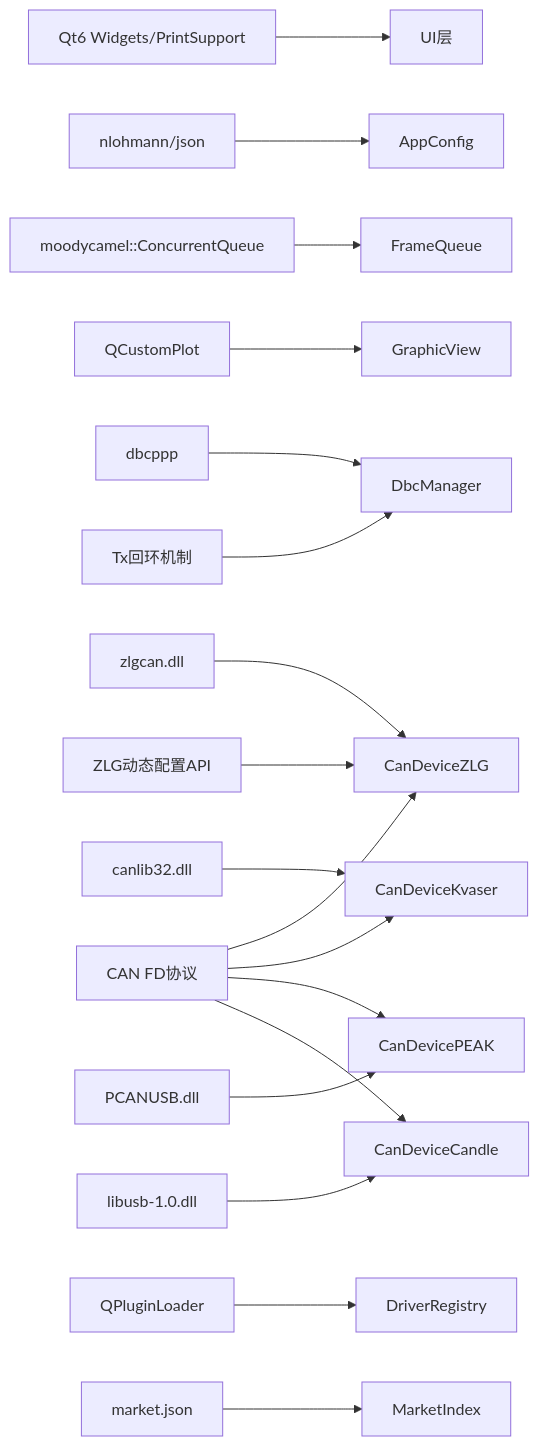
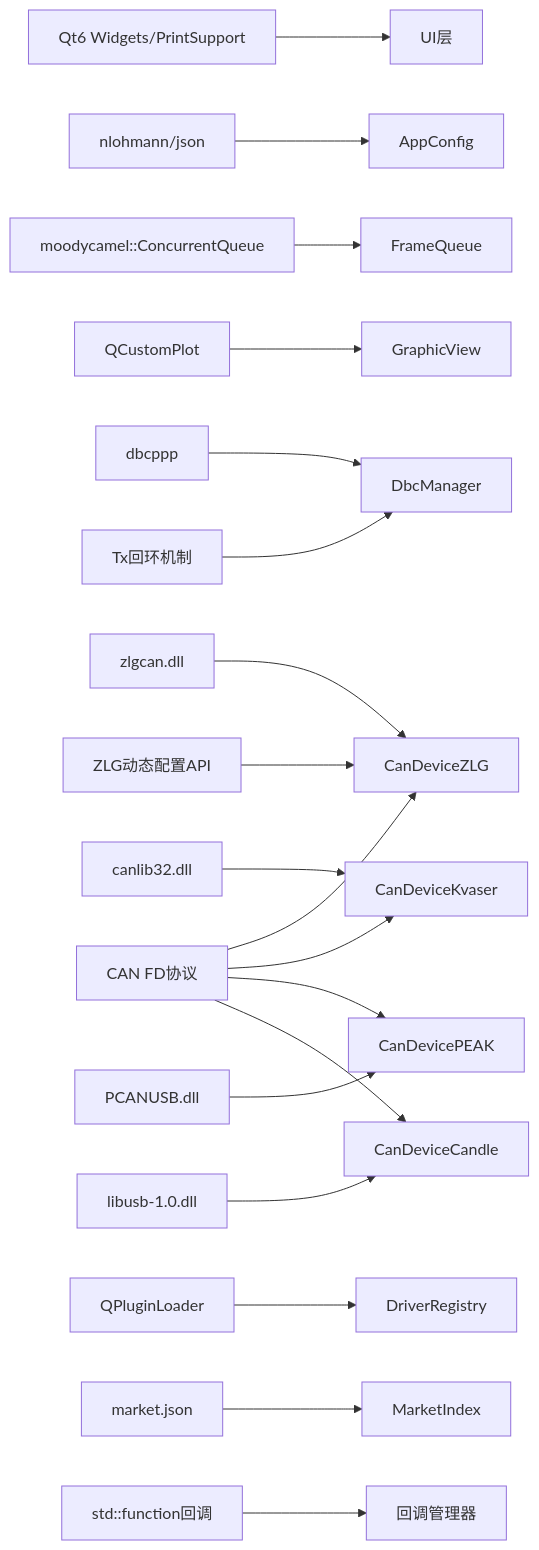
One commit to jakecai1225-design/OpenBus changed the tenth of 10 diagrams in .qoder/repowiki/zh/content/核心模块详解/CAN设备管理系统.md. Above: the diagram before and after it, drawn with Mermaid. The commit also changed other lines of this file and 58 other files, not shown here.

````diff
--- a/.qoder/repowiki/zh/content/核心模块详解/CAN设备管理系统.md
+++ b/.qoder/repowiki/zh/content/核心模块详解/CAN设备管理系统.md
@@ -655,20 +705,21 @@
 ```mermaid
 graph LR
 Qt["Qt6 Widgets/PrintSupport"] --> UI["UI层"]
 JSON["nlohmann/json"] --> CFG["AppConfig"]
 MQ["moodycamel::ConcurrentQueue"] --> Q["FrameQueue"]
 QCP["QCustomPlot"] --> GV["GraphicView"]
 DBCPP["dbcppp"] --> DM["DbcManager"]
 ZLG["zlgcan.dll"] --> ZLGDRV["CanDeviceZLG"]
 KVASER["canlib32.dll"] --> KVASERDRV["CanDeviceKvaser"]
 PEAK["PCANUSB.dll"] --> PEAKDRV["CanDevicePEAK"]
 LIBUSB["libusb-1.0.dll"] --> CANDLEDRV["CanDeviceCandle"]
 PLUGIN["QPluginLoader"] --> DRIVERREG["DriverRegistry"]
 MARKET["market.json"] --> MARKETIDX["MarketIndex"]
 CFD["CAN FD协议"] --> ZLGDRV
 CFD --> KVASERDRV
 CFD --> PEAKDRV
 CFD --> CANDLEDRV
 ZCFG["ZLG动态配置API"] --> ZLGDRV
 TXLOOP["Tx回环机制"] --> DM
+CB["std::function回调"] --> CBM["回调管理器"]
 ```
````
